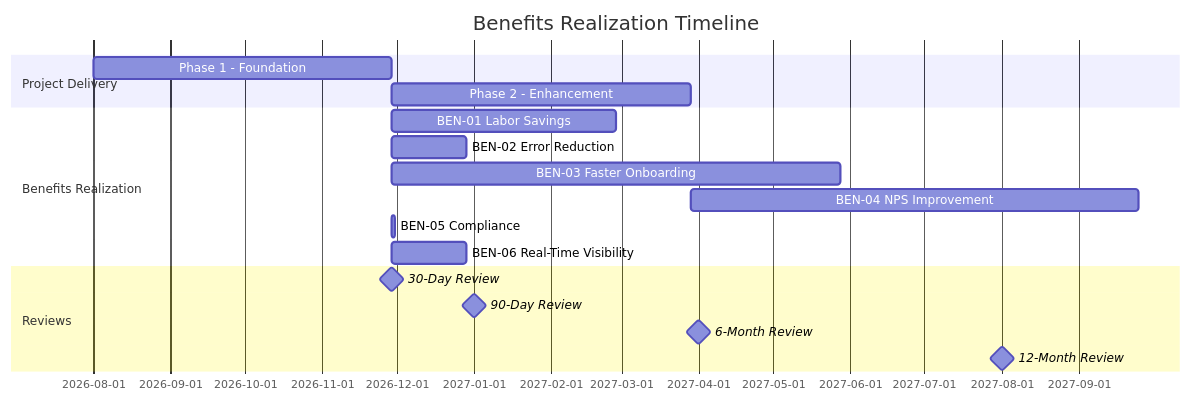
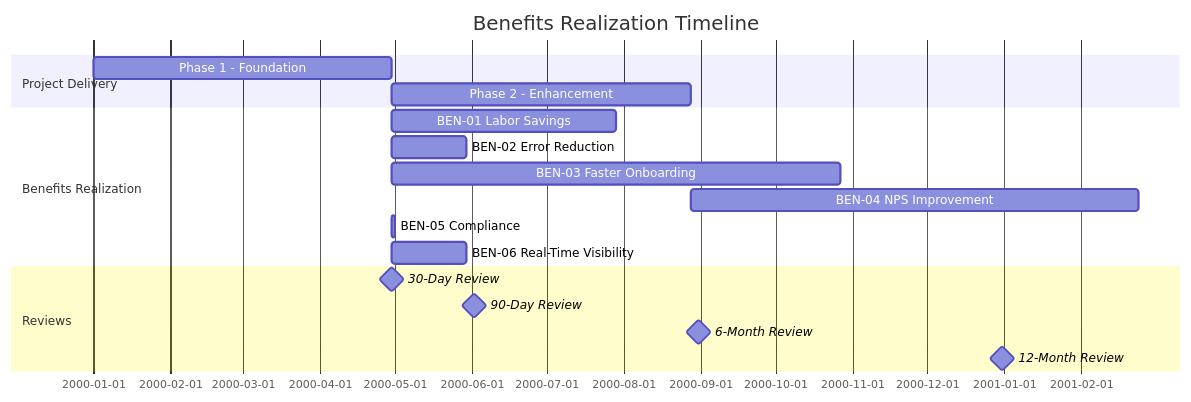
Before and after one commit to oat431/swe-knowledge: the second of 2 diagrams in document-template/01_Business_Analysis_and_strategy/Benefits-Management-Plan.md, drawn with Mermaid. The commit also changed 56 other files, not shown here.

````diff
--- a/document-template/01_Business_Analysis_and_strategy/Benefits-Management-Plan.md
+++ b/document-template/01_Business_Analysis_and_strategy/Benefits-Management-Plan.md
@@ -193,20 +193,21 @@
 ```mermaid
 gantt
     title Benefits Realization Timeline
     dateFormat YYYY-MM-DD
+    %% Placeholder schedule: base 2000-01-01 = project start; recompute real dates when instantiating
     section Project Delivery
-    Phase 1 - Foundation        :a1, 2026-08-01, 120d
+    Phase 1 - Foundation        :a1, 2000-01-01, 120d
     Phase 2 - Enhancement       :a2, after a1, 120d
     section Benefits Realization
     BEN-01 Labor Savings        :b1, after a1, 90d
     BEN-02 Error Reduction      :b2, after a1, 30d
     BEN-03 Faster Onboarding    :b3, after a1, 180d
     BEN-04 NPS Improvement      :b4, after a2, 180d
     BEN-05 Compliance           :b5, after a1, 1d
     BEN-06 Real-Time Visibility :b6, after a1, 30d
     section Reviews
     30-Day Review               :milestone, after a1, 0d
-    90-Day Review               :milestone, 2027-01-01, 0d
-    6-Month Review              :milestone, 2027-04-01, 0d
-    12-Month Review             :milestone, 2027-08-01, 0d
+    90-Day Review               :milestone, 2000-06-02, 0d
+    6-Month Review              :milestone, 2000-08-31, 0d
+    12-Month Review             :milestone, 2000-12-31, 0d
 ```
````
